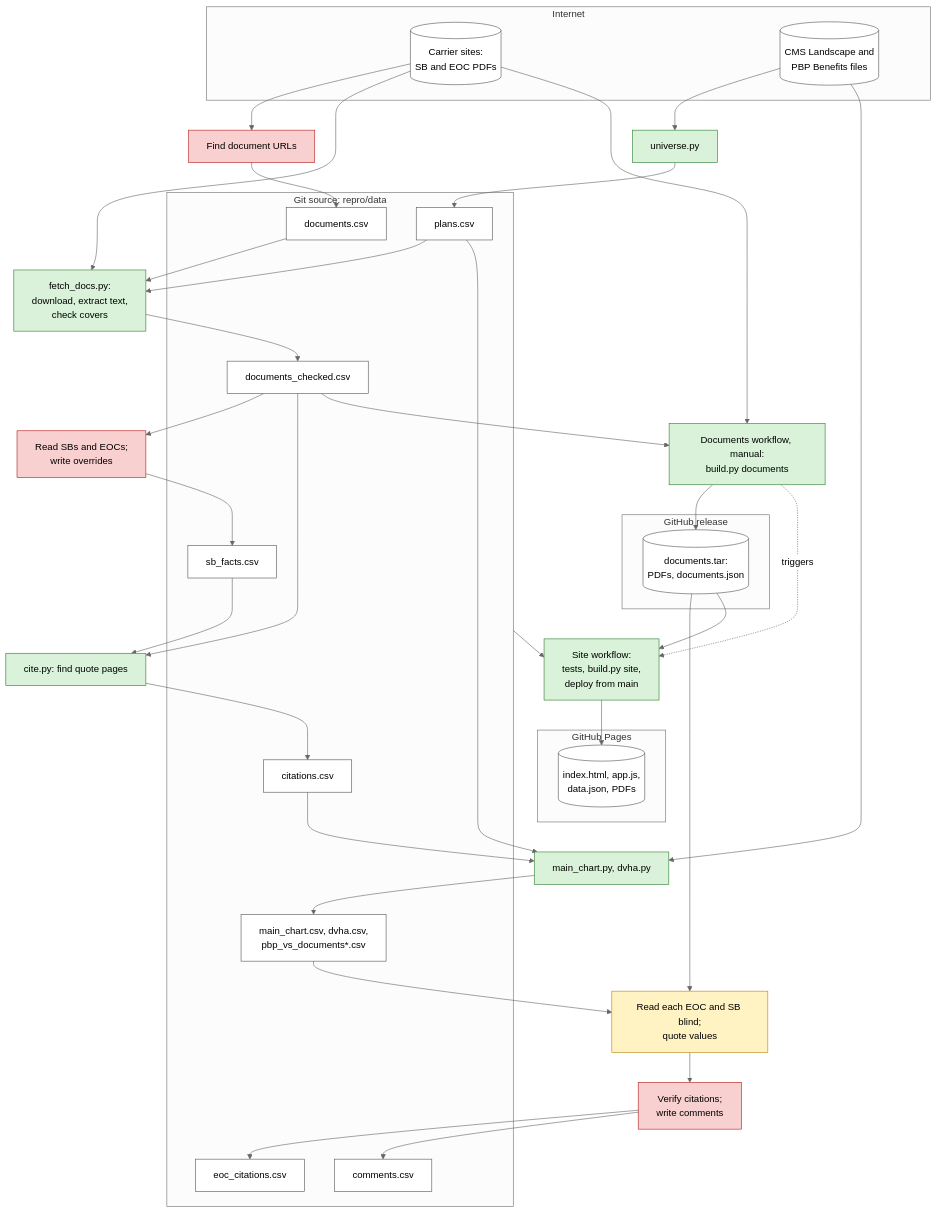
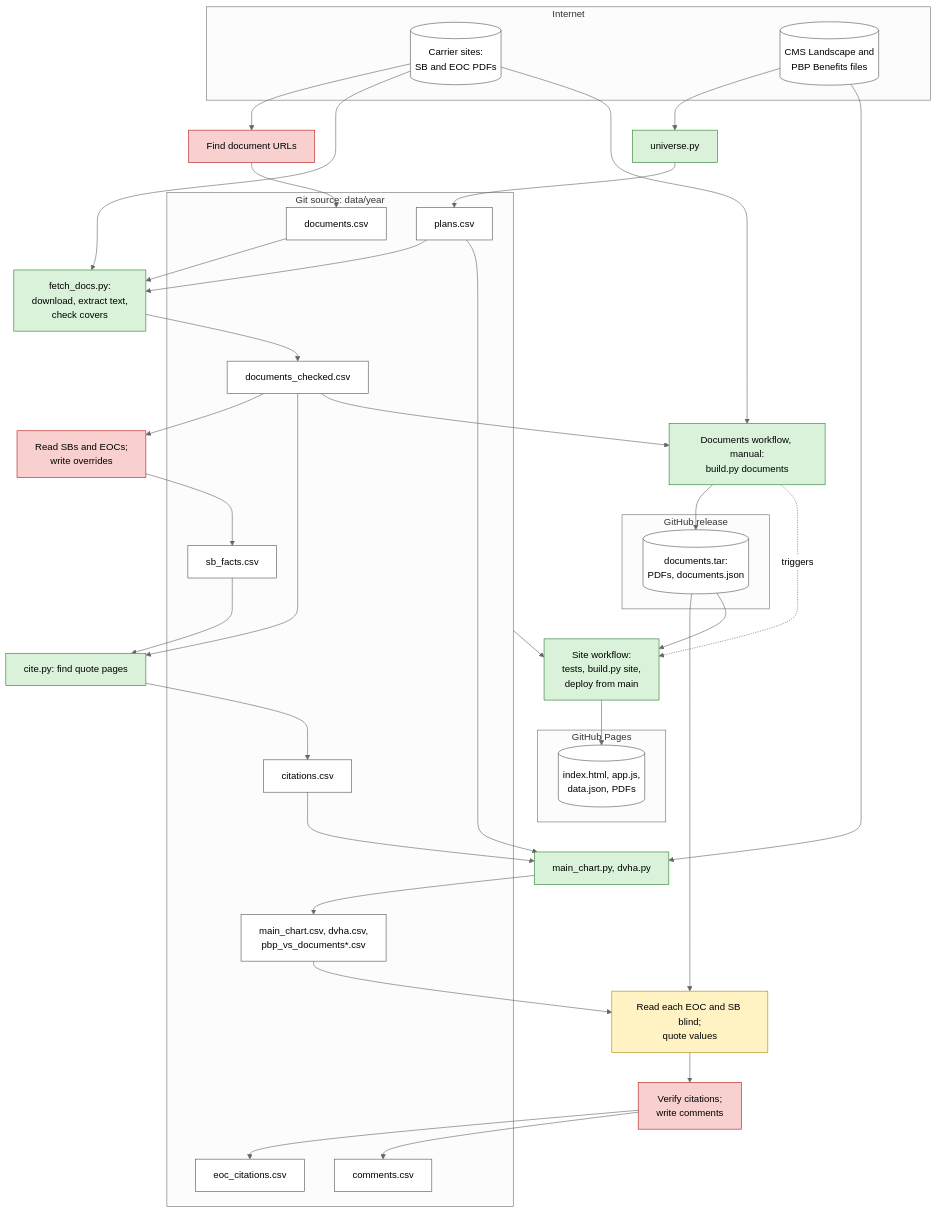
The diagram in docs/pipeline.md (rosenhouse-bot-sandbox/shiba-data), drawn with Mermaid (neutral theme) before and after one commit. The commit also changed other lines of this file and 53 other files, not shown here.

First line of the commit message:
Move code to pipeline/ and data to data/2027/; read the year from config.json

````diff
--- a/docs/pipeline.md
+++ b/docs/pipeline.md
@@ -3,59 +3,59 @@
 ```mermaid
 flowchart TB
   classDef det fill:#d9f2d9,stroke:#2e7d32,color:#000
   classDef cheap fill:#fff3c4,stroke:#b8860b,color:#000
   classDef heavy fill:#f8d0d0,stroke:#b71c1c,color:#000
   classDef state fill:#fff,stroke:#555,color:#000
 
   subgraph external [Internet]
     carriers[(Carrier sites:<br>SB and EOC PDFs)]:::state
     cms[(CMS Landscape and<br>PBP Benefits files)]:::state
   end
 
-  subgraph git [Git source: repro/data]
+  subgraph git [Git source: data/year]
     documents[documents.csv]:::state
     plans[plans.csv]:::state
     checked[documents_checked.csv]:::state
     facts[sb_facts.csv]:::state
     citations[citations.csv]:::state
     sheets[main_chart.csv, dvha.csv,<br>pbp_vs_documents*.csv]:::state
     eoccites[eoc_citations.csv]:::state
     comments[comments.csv]:::state
   end
 
   subgraph release [GitHub release]
     tar[(documents.tar:<br>PDFs, documents.json)]:::state
   end
 
   subgraph web [GitHub Pages]
     site[(index.html, app.js,<br>data.json, PDFs)]:::state
   end
 
   findurls[Find document URLs]:::heavy
   universe[universe.py]:::det
   fetch[fetch_docs.py:<br>download, extract text,<br>check covers]:::det
   review[Read SBs and EOCs;<br>write overrides]:::heavy
   cite[cite.py: find quote pages]:::det
   gen[main_chart.py, dvha.py]:::det
 
   carriers --> findurls --> documents
   cms --> universe --> plans
   documents & plans --> fetch --> checked
   carriers --> fetch
   checked --> review --> facts
   facts & checked --> cite --> citations
   cms & plans & citations --> gen --> sheets
 
   extract[Read each EOC and SB blind;<br>quote values]:::cheap
   verify[Verify citations;<br>write comments]:::heavy
 
   tar & sheets --> extract --> verify --> eoccites & comments
 
   docwf[Documents workflow, manual:<br>build.py documents]:::det
   sitewf[Site workflow:<br>tests, build.py site,<br>deploy from main]:::det
 
   checked --> docwf
   carriers --> docwf --> tar
   docwf -. triggers .-> sitewf
   tar & git --> sitewf --> site
 ```
````
